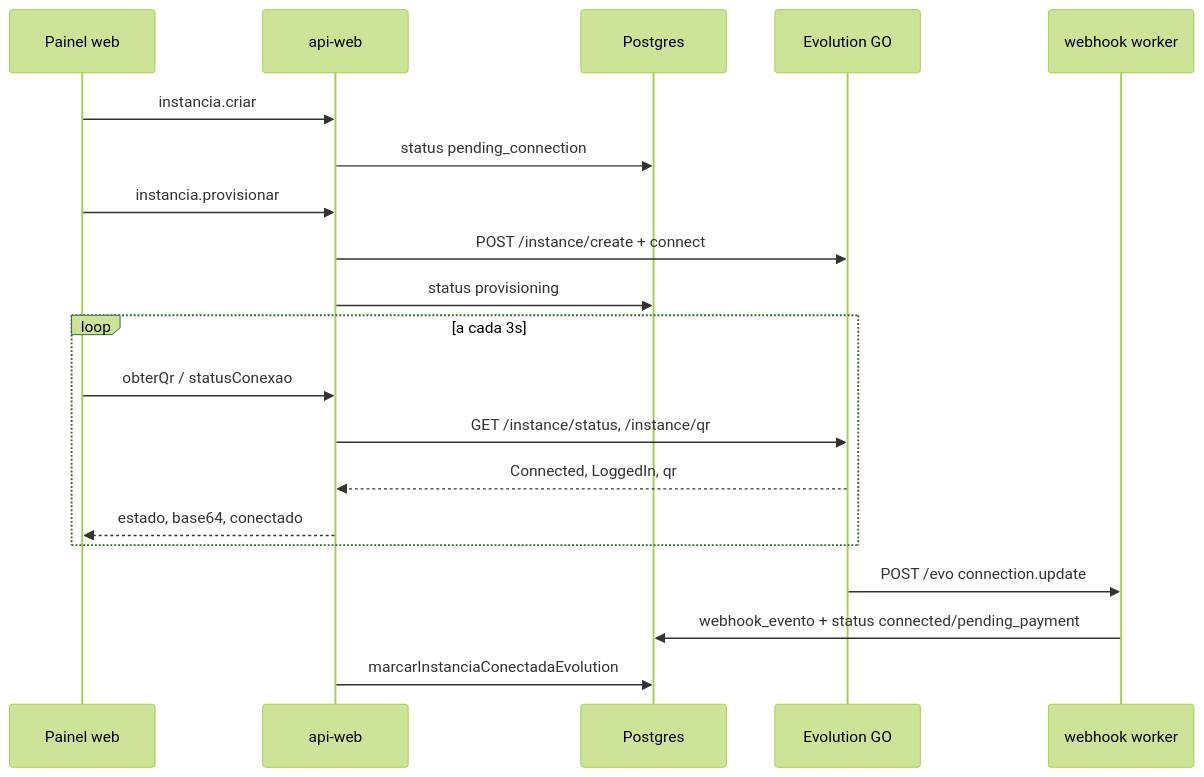
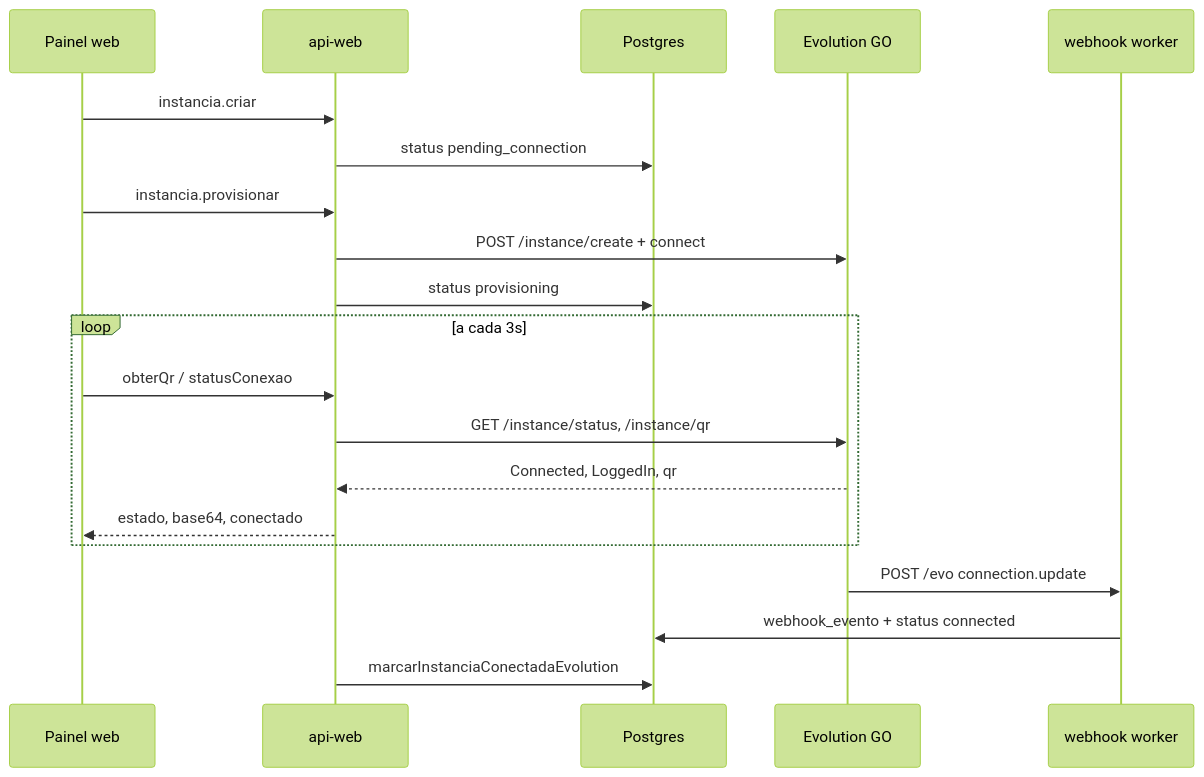
Before and after one commit to etc-tiago/whasap.com.br: the diagram in docs/FLUXO-INSTANCIA-EVOLUTION.md, drawn with Mermaid (forest theme). The commit also changed other lines of this file and 97 other files, not shown here.

````diff
--- a/docs/FLUXO-INSTANCIA-EVOLUTION.md
+++ b/docs/FLUXO-INSTANCIA-EVOLUTION.md
@@ -7,27 +7,27 @@
 ```mermaid
 sequenceDiagram
   participant UI as Painel web
   participant API as api-web
   participant DB as Postgres
   participant EVO as Evolution GO
   participant WH as webhook worker
 
   UI->>API: instancia.criar
   API->>DB: status pending_connection
 
   UI->>API: instancia.provisionar
   API->>EVO: POST /instance/create + connect
   API->>DB: status provisioning
 
   loop a cada 3s
     UI->>API: obterQr / statusConexao
     API->>EVO: GET /instance/status, /instance/qr
     EVO-->>API: Connected, LoggedIn, qr
     API-->>UI: estado, base64, conectado
   end
 
   EVO->>WH: POST /evo connection.update
-  WH->>DB: webhook_evento + status connected/pending_payment
+  WH->>DB: webhook_evento + status connected
 
   API->>DB: marcarInstanciaConectadaEvolution
 ```
````
